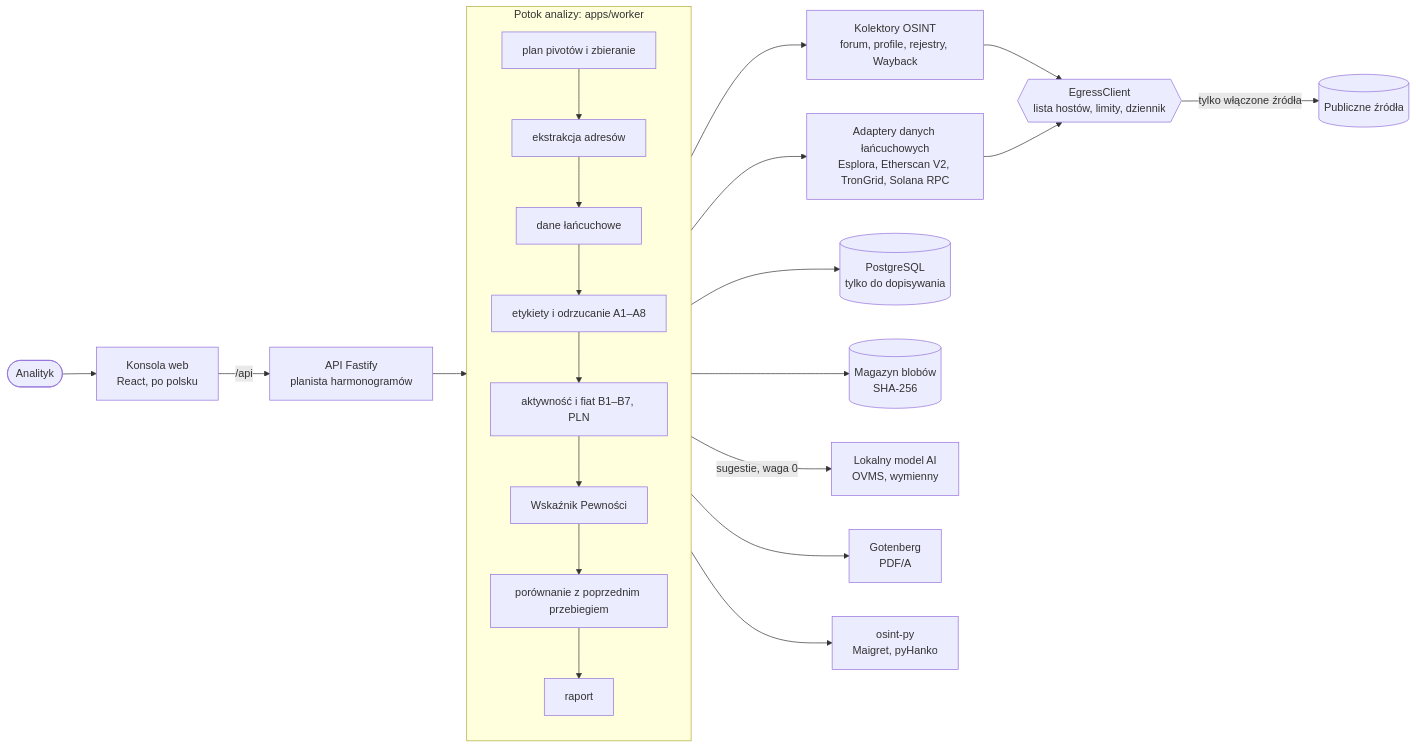
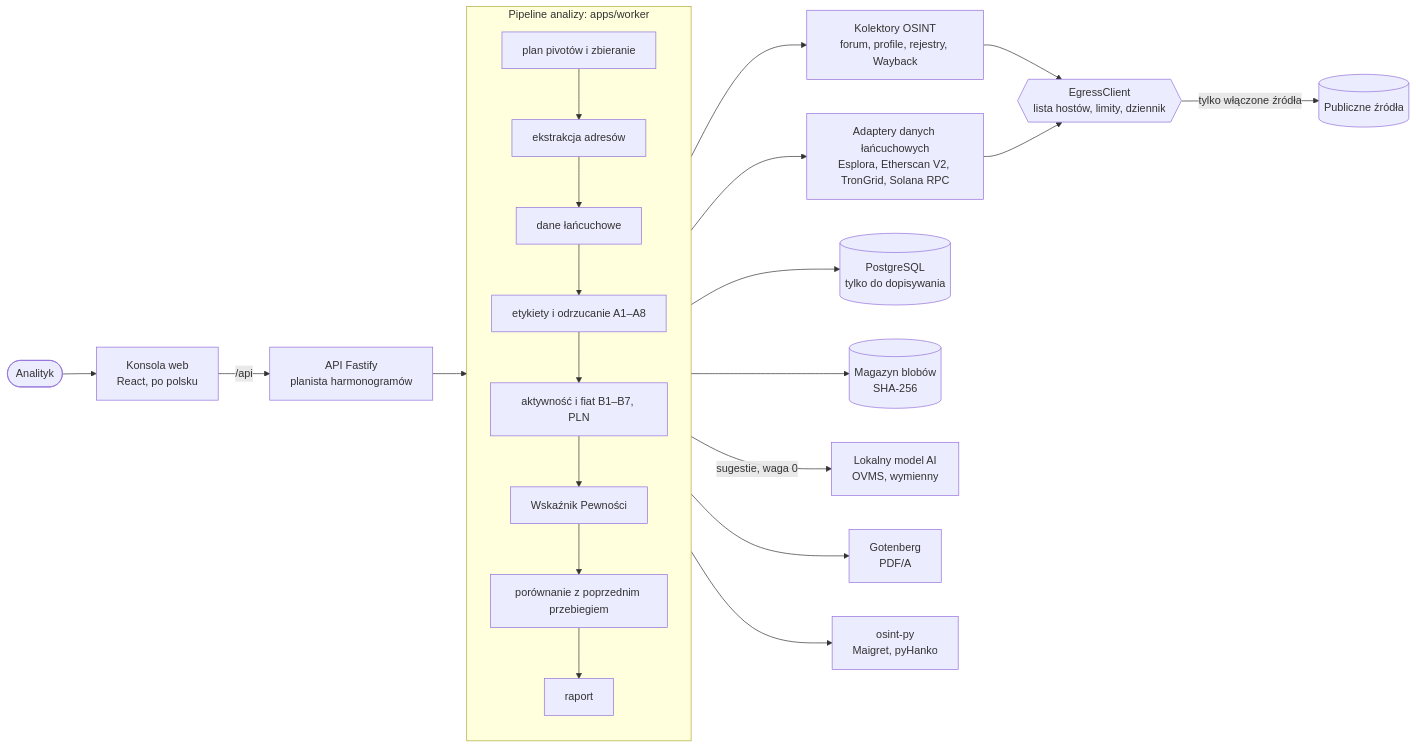
Before and after one commit to edraven-dev/olcys: the diagram in README.md, drawn with Mermaid. The commit also changed other lines of this file and 28 other files, not shown here.

````diff
--- a/README.md
+++ b/README.md
@@ -182,22 +182,22 @@
 ```mermaid
 flowchart LR
   analyst([Analityk]) --> web[Konsola web<br/>React, po polsku]
   web -->|/api| api[API Fastify<br/>planista harmonogramów]
   api --> pipeline
-  subgraph pipeline[Potok analizy: apps/worker]
+  subgraph pipeline[Pipeline analizy: apps/worker]
     direction TB
     s1[plan pivotów i zbieranie] --> s2[ekstrakcja adresów] --> s3[dane łańcuchowe]
     s3 --> s4[etykiety i odrzucanie A1–A8] --> s5[aktywność i fiat B1–B7, PLN]
     s5 --> s6[Wskaźnik Pewności] --> s7[porównanie z poprzednim przebiegiem] --> s8[raport]
   end
   pipeline --> collectors[Kolektory OSINT<br/>forum, profile, rejestry, Wayback]
   pipeline --> chains[Adaptery danych łańcuchowych<br/>Esplora, Etherscan V2, TronGrid, Solana RPC]
   collectors --> egress{{EgressClient<br/>lista hostów, limity, dziennik}}
   chains --> egress
   egress -->|tylko włączone źródła| net[(Publiczne źródła)]
   pipeline --> pg[(PostgreSQL<br/>tylko do dopisywania)]
   pipeline --> blobs[(Magazyn blobów<br/>SHA-256)]
   pipeline -->|sugestie, waga 0| llm[Lokalny model AI<br/>OVMS, wymienny]
   s8 --> gotenberg[Gotenberg<br/>PDF/A]
   s8 --> py[osint-py<br/>Maigret, pyHanko]
 ```
````
